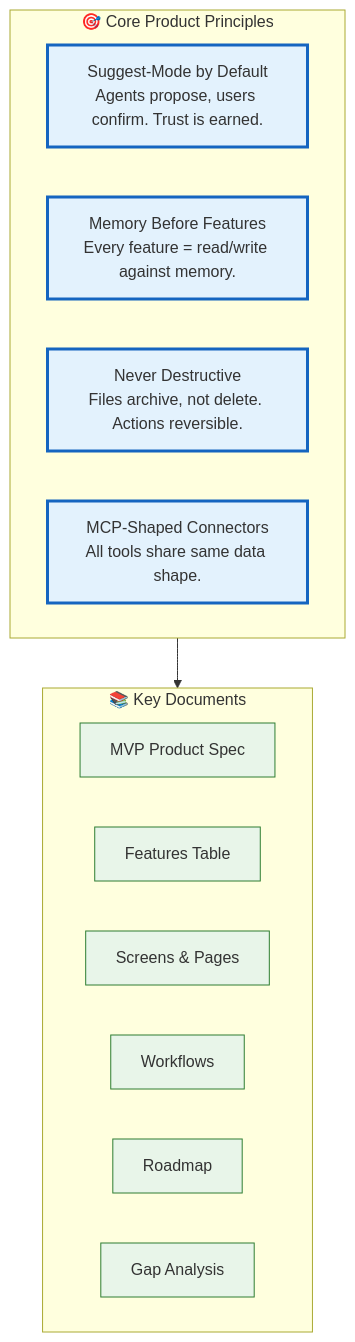
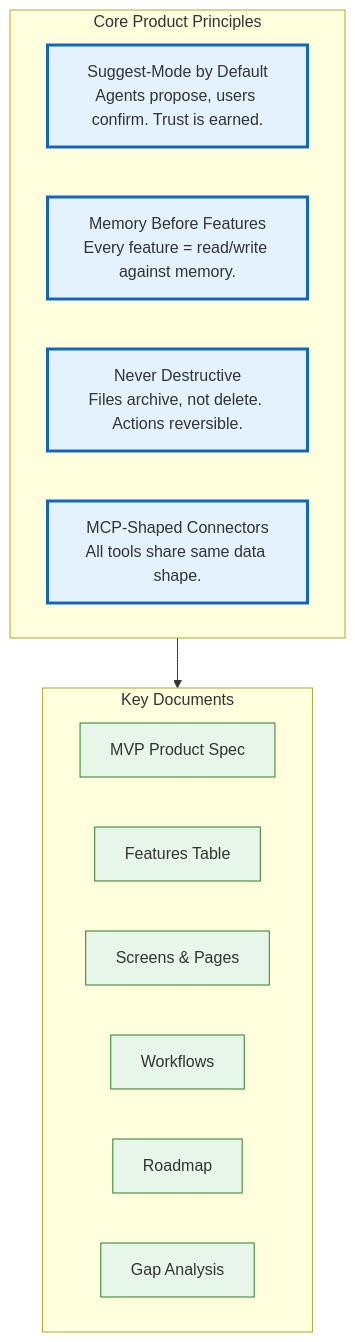
Before and after one commit to Driftloom/Vaeloom: the diagram in docs/product/README.md, drawn with Mermaid. The commit also changed 694 other files, not shown here.

First line of the commit message:
docs: mermaid standardization — encoding/mermaid/duplicate cleanup

````diff
--- a/docs/product/README.md
+++ b/docs/product/README.md
@@ -27,26 +27,26 @@
 ```mermaid
 graph TD
-    subgraph Principles["🎯 Core Product Principles"]
-        P1["Suggest-Mode by Default<br/>Agents propose, users confirm. Trust is earned."]
-        P2["Memory Before Features<br/>Every feature = read/write against memory."]
-        P3["Never Destructive<br/>Files archive, not delete. Actions reversible."]
-        P4["MCP-Shaped Connectors<br/>All tools share same data shape."]
-    end
+ subgraph Principles["Core Product Principles"]
+ P1["Suggest-Mode by Default<br/>Agents propose, users confirm. Trust is earned."]
+ P2["Memory Before Features<br/>Every feature = read/write against memory."]
+ P3["Never Destructive<br/>Files archive, not delete. Actions reversible."]
+ P4["MCP-Shaped Connectors<br/>All tools share same data shape."]
+ end
 
-    subgraph Docs["📚 Key Documents"]
-        D1["MVP Product Spec"]
-        D2["Features Table"]
-        D3["Screens & Pages"]
-        D4["Workflows"]
-        D5["Roadmap"]
-        D6["Gap Analysis"]
-    end
+ subgraph Docs["Key Documents"]
+ D1["MVP Product Spec"]
+ D2["Features Table"]
+ D3["Screens & Pages"]
+ D4["Workflows"]
+ D5["Roadmap"]
+ D6["Gap Analysis"]
+ end
 
-    Principles --> Docs
+ Principles--> Docs
 
-    classDef principles fill:#e3f2fd,stroke:#1565c0,stroke-width:3px
-    classDef docs fill:#e8f5e9,stroke:#2e7d32
+ classDef principles fill:#e3f2fd,stroke:#1565c0,stroke-width:3px
+ classDef docs fill:#e8f5e9,stroke:#2e7d32
 
-    class P1,P2,P3,P4 principles
-    class D1,D2,D3,D4,D5,D6 docs
+ class P1,P2,P3,P4 principles
+ class D1,D2,D3,D4,D5,D6 docs
 ```
````
